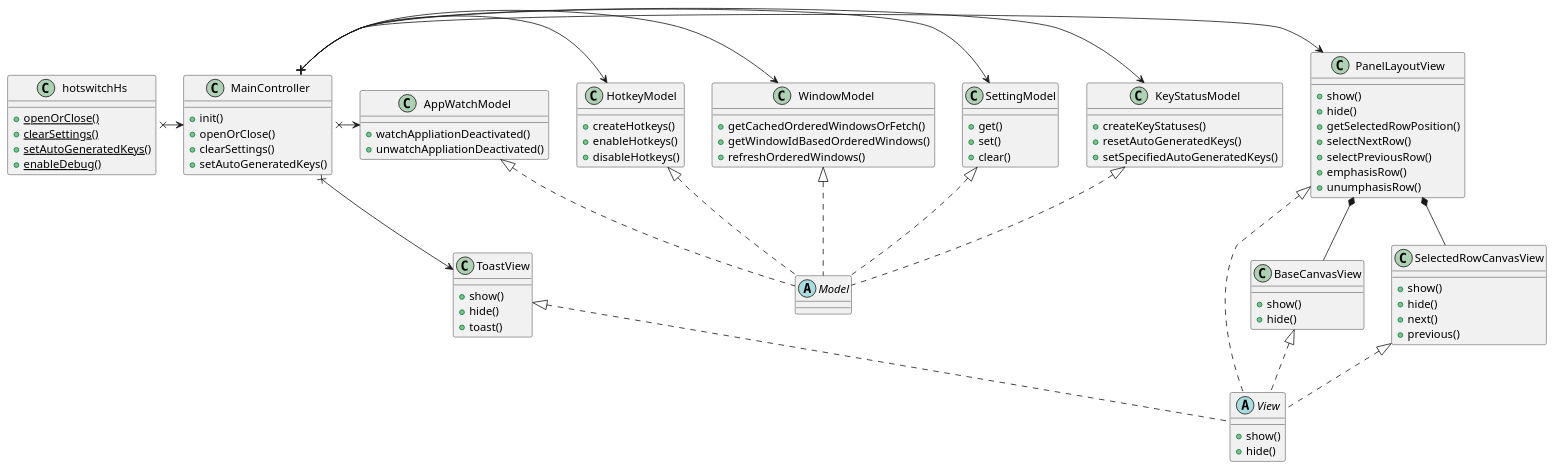
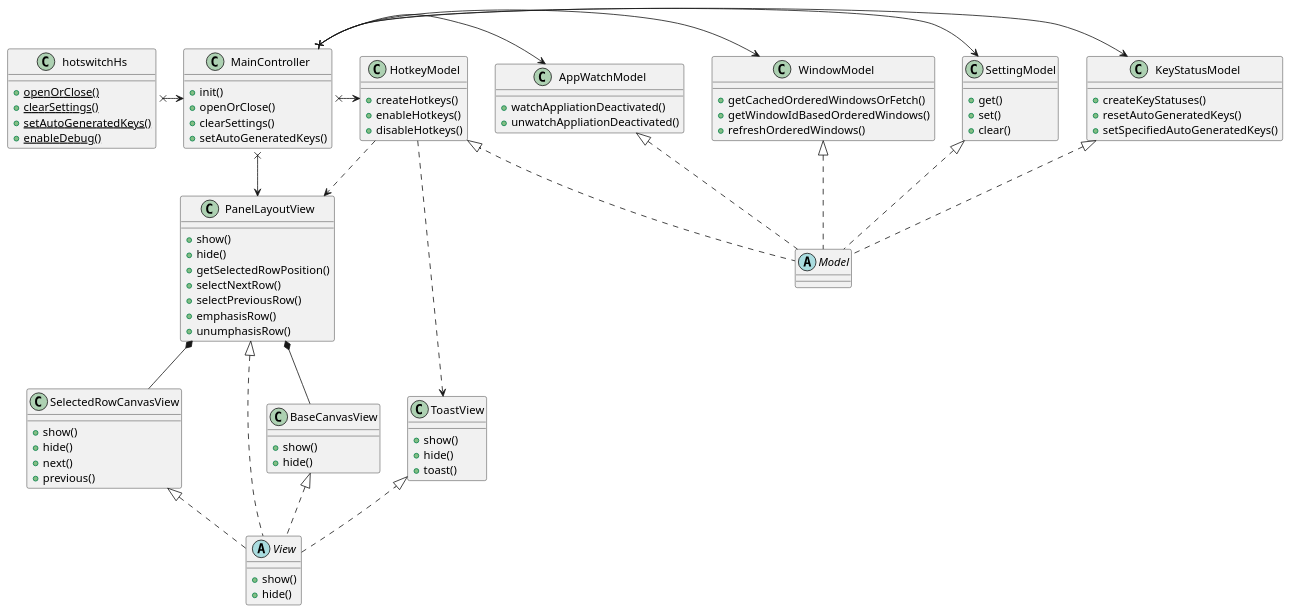
One commit to oniatsu/HotSwitch-HS changed the diagram in uml/class_diagram.pu. Above: the diagram before and after it, drawn with PlantUML. The commit also changed 1 other file, not shown here.

Commit message:
Update uml

```diff
--- a/uml/class_diagram.pu
+++ b/uml/class_diagram.pu
@@ -1,96 +1,98 @@
 @startuml class_diagram
 
 class hotswitchHs {
     {static} +openOrClose()
     {static} +clearSettings()
     {static} +setAutoGeneratedKeys()
     {static} +enableDebug()
 }
 
 class KeyStatusModel {
     +createKeyStatuses()
     +resetAutoGeneratedKeys()
     +setSpecifiedAutoGeneratedKeys()
 }
 class SettingModel {
     +get()
     +set()
     +clear()
 }
 class WindowModel {
     +getCachedOrderedWindowsOrFetch()
     +getWindowIdBasedOrderedWindows()
     +refreshOrderedWindows()
 }
 class HotkeyModel {
     +createHotkeys()
     +enableHotkeys()
     +disableHotkeys()
 }
 class AppWatchModel {
     +watchAppliationDeactivated()
     +unwatchAppliationDeactivated()
 }
 abstract Model
 
 class PanelLayoutView {
     +show()
     +hide()
     +getSelectedRowPosition()
     +selectNextRow()
     +selectPreviousRow()
     +emphasisRow()
     +unumphasisRow()
 }
 class BaseCanvasView {
     +show()
     +hide()
 }
 class SelectedRowCanvasView {
     +show()
     +hide()
     +next()
     +previous()
 }
 class ToastView {
     +show()
     +hide()
     +toast()
 }
 abstract View {
     +show()
     +hide()
 }
 
 class MainController {
     +init()
     +openOrClose()
     +clearSettings()
     +setAutoGeneratedKeys()
 }
 
 hotswitchHs x-> MainController
 
 MainController x-> PanelLayoutView
-MainController x-> ToastView
 MainController x-> KeyStatusModel
 MainController x-> SettingModel
 MainController x-> WindowModel
 MainController x-> HotkeyModel
 MainController x-> AppWatchModel
+
+HotkeyModel ..> PanelLayoutView
+HotkeyModel ..> ToastView
 
 KeyStatusModel <|.. Model
 SettingModel <|.. Model
 WindowModel <|.. Model
 HotkeyModel <|.. Model
 AppWatchModel <|.. Model
 
 PanelLayoutView <|.. View
 BaseCanvasView <|.. View
 SelectedRowCanvasView <|.. View
 ToastView <|.. View
 
 PanelLayoutView *-- BaseCanvasView 
 PanelLayoutView *-- SelectedRowCanvasView 
 
 @endum
```
